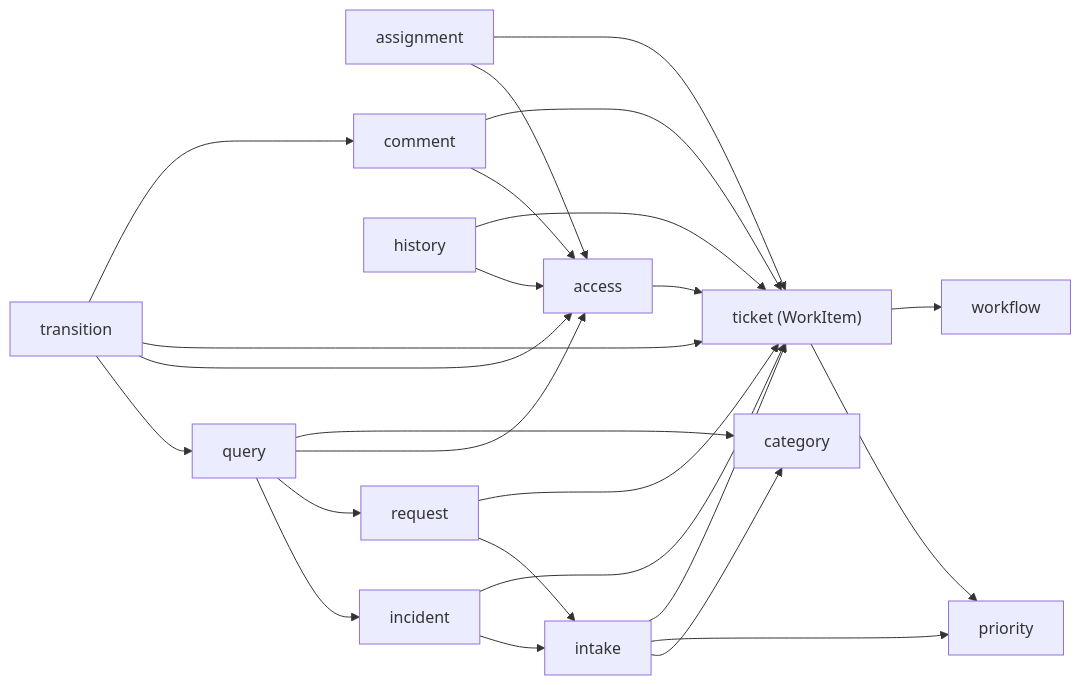
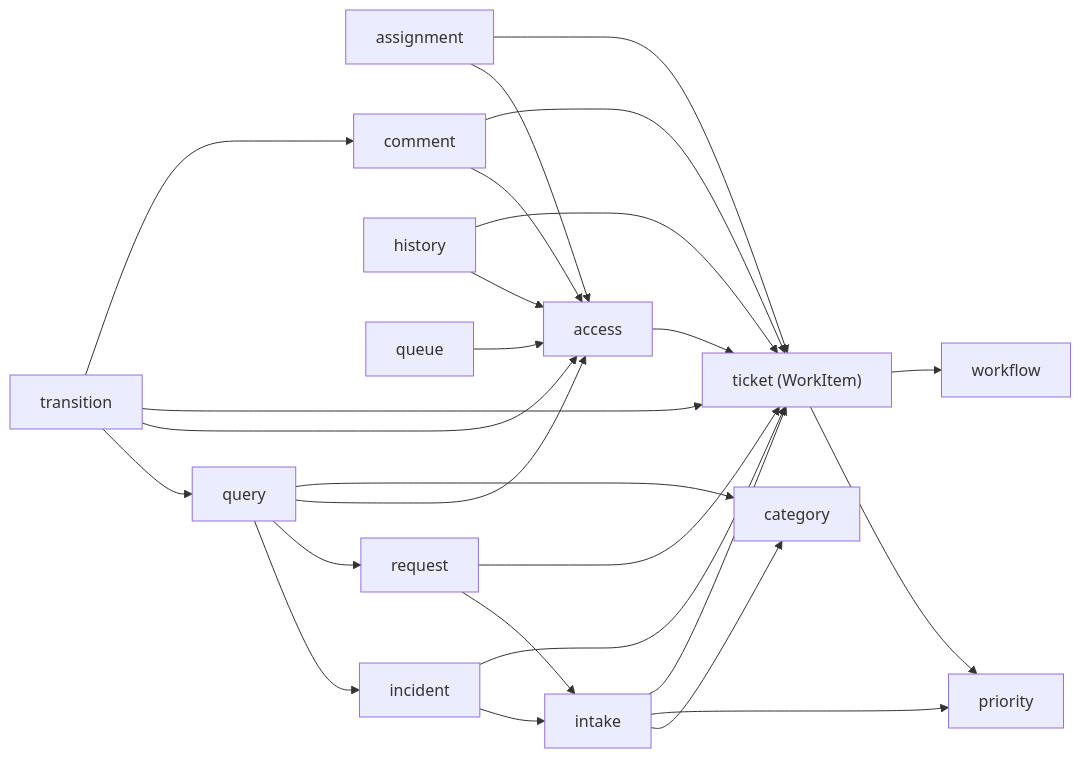
Before and after one commit to Adebozz/enterprise-service-management: the second of 5 diagrams in docs/architecture.md, drawn with Mermaid. The commit also changed other lines of this file and 17 other files, not shown here.

````diff
--- a/docs/architecture.md
+++ b/docs/architecture.md
@@ -59,12 +59,13 @@
 ```mermaid
 flowchart LR
     transition --> query & access & core
     assignment --> access & core
     transition --> comment
     comment & history --> access & core
+    queue --> access
     query --> incident & request & access & category
     incident & request --> intake
     intake --> category & priority & core["ticket (WorkItem)"]
     incident & request & access --> core
     core --> priority & workflow
 ```
````
